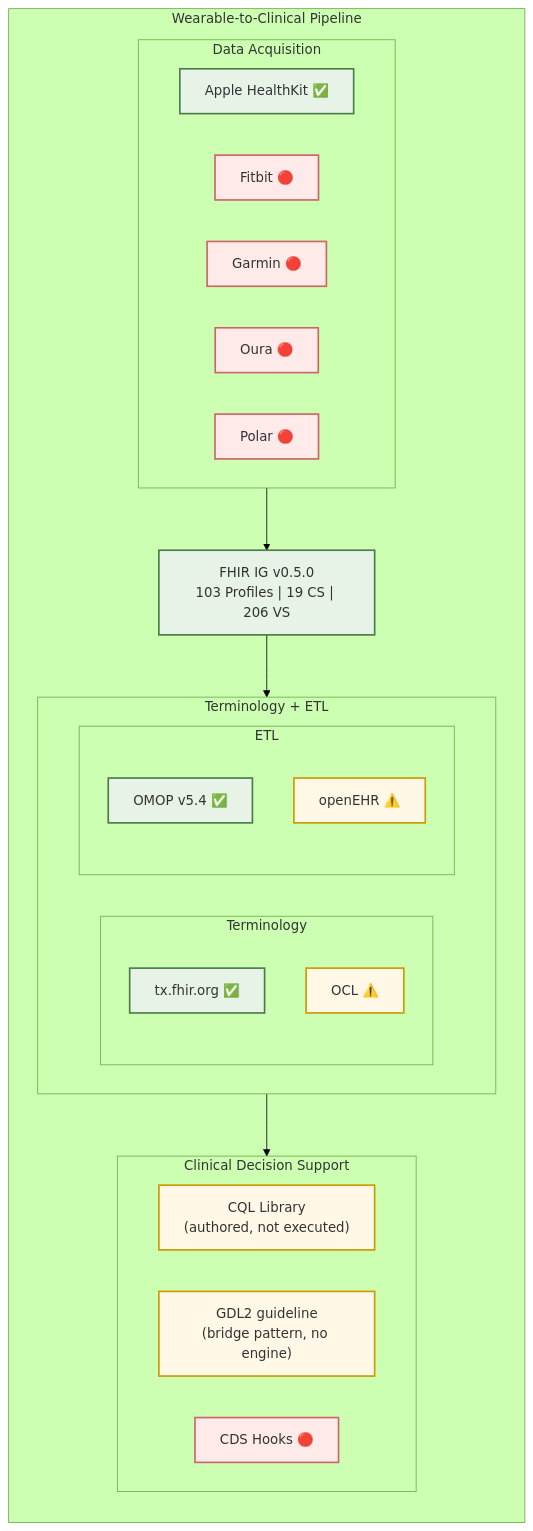
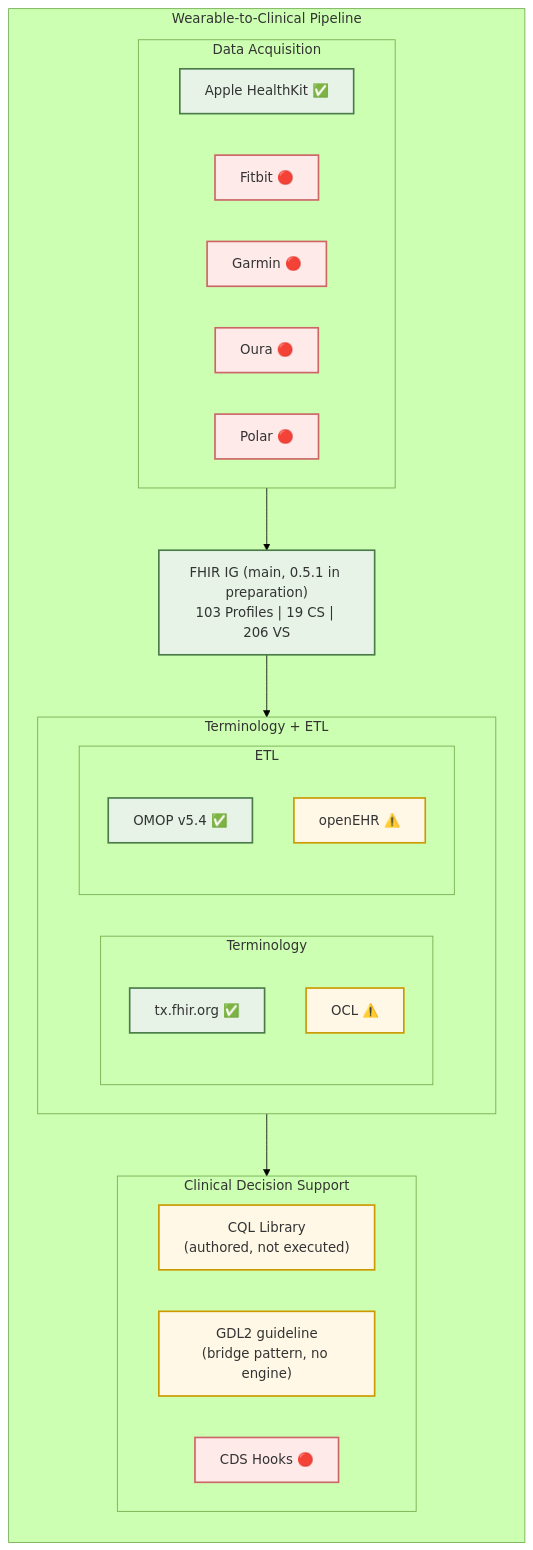
One commit to RicardoLSantos/shorthand changed the first of 4 diagrams in README.md. Above: the diagram before and after it, drawn with Mermaid (forest theme). The commit also changed other lines of this file and 8 other files, not shown here.

````diff
--- a/README.md
+++ b/README.md
@@ -34,48 +34,48 @@
 ```mermaid
 flowchart TB
     subgraph WP["Wearable-to-Clinical Pipeline"]
         direction TB
 
         subgraph TG1["Data Acquisition"]
             direction LR
             APPLE["Apple HealthKit ✅"]
             FITBIT["Fitbit 🔴"]
             GARMIN["Garmin 🔴"]
             OURA["Oura 🔴"]
             POLAR["Polar 🔴"]
         end
 
-        FHIRIG["FHIR IG v0.5.0<br/>103 Profiles | 19 CS | 206 VS"]
+        FHIRIG["FHIR IG (main, 0.5.1 in preparation)<br/>103 Profiles | 19 CS | 206 VS"]
 
         subgraph TG2["Terminology + ETL"]
             direction LR
             subgraph TERM["Terminology"]
                 TXFHIR["tx.fhir.org ✅"]
                 OCL["OCL ⚠️"]
             end
             subgraph ETL["ETL"]
                 OMOP["OMOP v5.4 ✅"]
                 OPENEHR["openEHR ⚠️"]
             end
         end
 
         subgraph TG4["Clinical Decision Support"]
             direction LR
             CQL["CQL Library<br/>(authored, not executed)"]
             GDL2["GDL2 guideline<br/>(bridge pattern, no engine)"]
             CDSHOOKS["CDS Hooks 🔴"]
         end
     end
 
     TG1 --> FHIRIG
     FHIRIG --> TG2
     TG2 --> TG4
 
     classDef done fill:#e6f3e6,stroke:#4a7c4a,stroke-width:2px,color:#333
     classDef partial fill:#fff8e6,stroke:#cc9900,stroke-width:2px,color:#333
     classDef todo fill:#ffeaea,stroke:#cc6666,stroke-width:2px,color:#333
 
     class APPLE,FHIRIG,TXFHIR,OMOP done
     class OCL,OPENEHR,CQL,GDL2 partial
     class FITBIT,GARMIN,OURA,POLAR,CDSHOOKS todo
 ```
````
